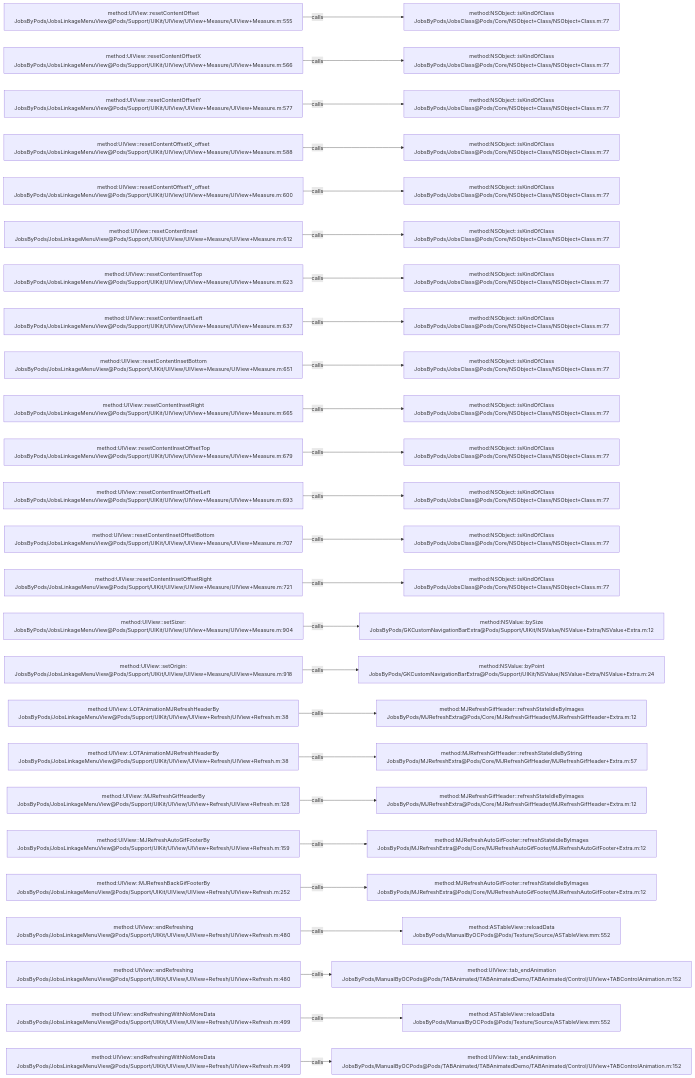
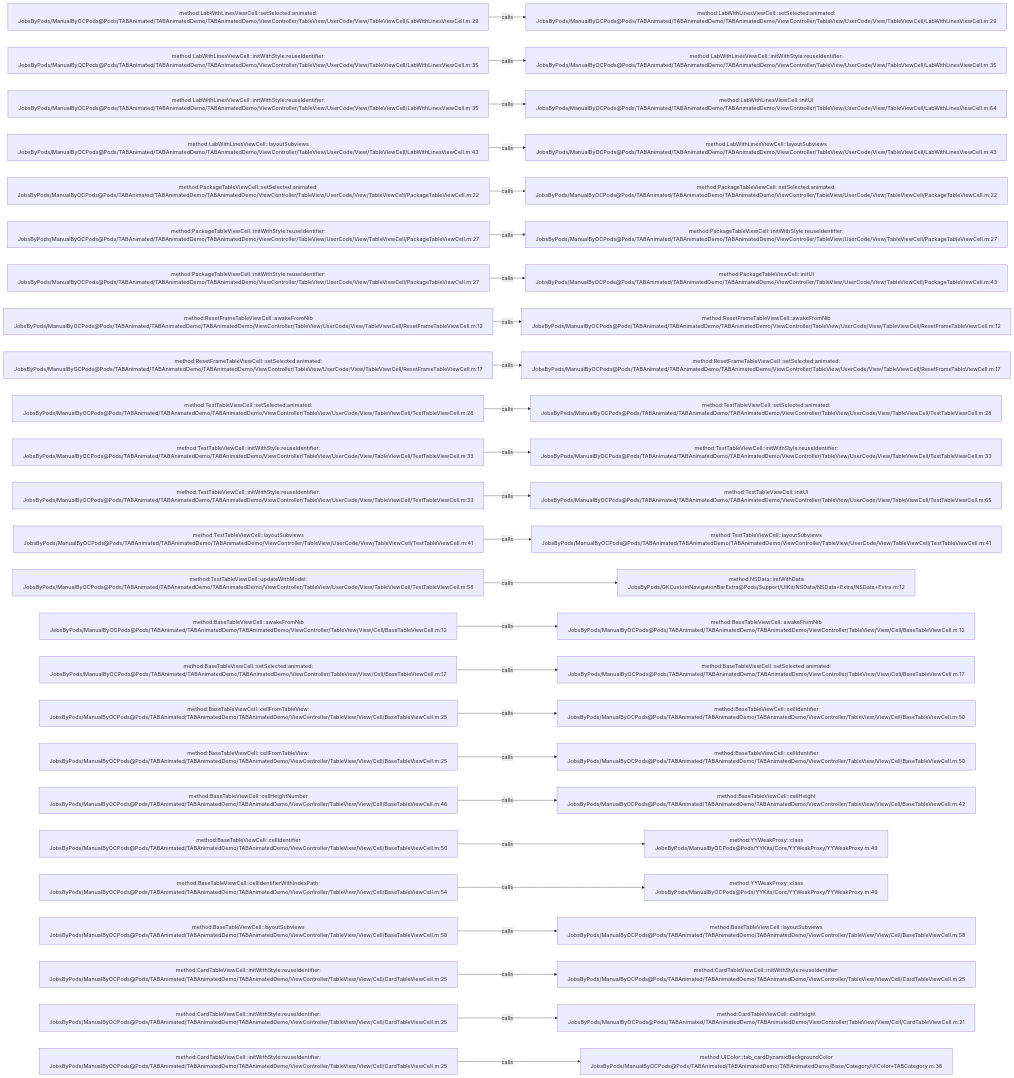
One commit to JobsKits/JobsOCBaseConfigDemo changed the diagram in .codegraph/codegraph.md/graphs/calls-074.md. Above: the diagram before and after it, drawn with Mermaid. The commit also changed 2162 other files, not shown here.

````diff
--- a/.codegraph/codegraph.md/graphs/calls-074.md
+++ b/.codegraph/codegraph.md/graphs/calls-074.md
@@ -13,78 +13,78 @@
 ```mermaid
 flowchart LR
-  S1["method:UIView::resetContentOffset<br/>JobsByPods/JobsLinkageMenuView@Pods/Support/UIKit/UIView/UIView+Measure/UIView+Measure.m:555"]
-  T1["method:NSObject::isKindOfClass<br/>JobsByPods/JobsClass@Pods/Core/NSObject+Class/NSObject+Class.m:77"]
+  S1["method:LabWithLinesViewCell::setSelected:animated:<br/>JobsByPods/ManualByOCPods@Pods/TABAnimated/TABAnimatedDemo/TABAnimatedDemo/ViewController/TableView/UserCode/View/TableViewCell/LabWithLinesViewCell.m:29"]
+  T1["method:LabWithLinesViewCell::setSelected:animated:<br/>JobsByPods/ManualByOCPods@Pods/TABAnimated/TABAnimatedDemo/TABAnimatedDemo/ViewController/TableView/UserCode/View/TableViewCell/LabWithLinesViewCell.m:29"]
   S1 -->|calls| T1
-  S2["method:UIView::resetContentOffsetX<br/>JobsByPods/JobsLinkageMenuView@Pods/Support/UIKit/UIView/UIView+Measure/UIView+Measure.m:566"]
-  T2["method:NSObject::isKindOfClass<br/>JobsByPods/JobsClass@Pods/Core/NSObject+Class/NSObject+Class.m:77"]
+  S2["method:LabWithLinesViewCell::initWithStyle:reuseIdentifier:<br/>JobsByPods/ManualByOCPods@Pods/TABAnimated/TABAnimatedDemo/TABAnimatedDemo/ViewController/TableView/UserCode/View/TableViewCell/LabWithLinesViewCell.m:35"]
+  T2["method:LabWithLinesViewCell::initWithStyle:reuseIdentifier:<br/>JobsByPods/ManualByOCPods@Pods/TABAnimated/TABAnimatedDemo/TABAnimatedDemo/ViewController/TableView/UserCode/View/TableViewCell/LabWithLinesViewCell.m:35"]
   S2 -->|calls| T2
-  S3["method:UIView::resetContentOffsetY<br/>JobsByPods/JobsLinkageMenuView@Pods/Support/UIKit/UIView/UIView+Measure/UIView+Measure.m:577"]
-  T3["method:NSObject::isKindOfClass<br/>JobsByPods/JobsClass@Pods/Core/NSObject+Class/NSObject+Class.m:77"]
+  S3["method:LabWithLinesViewCell::initWithStyle:reuseIdentifier:<br/>JobsByPods/ManualByOCPods@Pods/TABAnimated/TABAnimatedDemo/TABAnimatedDemo/ViewController/TableView/UserCode/View/TableViewCell/LabWithLinesViewCell.m:35"]
+  T3["method:LabWithLinesViewCell::initUI<br/>JobsByPods/ManualByOCPods@Pods/TABAnimated/TABAnimatedDemo/TABAnimatedDemo/ViewController/TableView/UserCode/View/TableViewCell/LabWithLinesViewCell.m:64"]
   S3 -->|calls| T3
-  S4["method:UIView::resetContentOffsetX_offset<br/>JobsByPods/JobsLinkageMenuView@Pods/Support/UIKit/UIView/UIView+Measure/UIView+Measure.m:588"]
-  T4["method:NSObject::isKindOfClass<br/>JobsByPods/JobsClass@Pods/Core/NSObject+Class/NSObject+Class.m:77"]
+  S4["method:LabWithLinesViewCell::layoutSubviews<br/>JobsByPods/ManualByOCPods@Pods/TABAnimated/TABAnimatedDemo/TABAnimatedDemo/ViewController/TableView/UserCode/View/TableViewCell/LabWithLinesViewCell.m:43"]
+  T4["method:LabWithLinesViewCell::layoutSubviews<br/>JobsByPods/ManualByOCPods@Pods/TABAnimated/TABAnimatedDemo/TABAnimatedDemo/ViewController/TableView/UserCode/View/TableViewCell/LabWithLinesViewCell.m:43"]
   S4 -->|calls| T4
-  S5["method:UIView::resetContentOffsetY_offset<br/>JobsByPods/JobsLinkageMenuView@Pods/Support/UIKit/UIView/UIView+Measure/UIView+Measure.m:600"]
-  T5["method:NSObject::isKindOfClass<br/>JobsByPods/JobsClass@Pods/Core/NSObject+Class/NSObject+Class.m:77"]
+  S5["method:PackageTableViewCell::setSelected:animated:<br/>JobsByPods/ManualByOCPods@Pods/TABAnimated/TABAnimatedDemo/TABAnimatedDemo/ViewController/TableView/UserCode/View/TableViewCell/PackageTableViewCell.m:22"]
+  T5["method:PackageTableViewCell::setSelected:animated:<br/>JobsByPods/ManualByOCPods@Pods/TABAnimated/TABAnimatedDemo/TABAnimatedDemo/ViewController/TableView/UserCode/View/TableViewCell/PackageTableViewCell.m:22"]
   S5 -->|calls| T5
-  S6["method:UIView::resetContentInset<br/>JobsByPods/JobsLinkageMenuView@Pods/Support/UIKit/UIView/UIView+Measure/UIView+Measure.m:612"]
-  T6["method:NSObject::isKindOfClass<br/>JobsByPods/JobsClass@Pods/Core/NSObject+Class/NSObject+Class.m:77"]
+  S6["method:PackageTableViewCell::initWithStyle:reuseIdentifier:<br/>JobsByPods/ManualByOCPods@Pods/TABAnimated/TABAnimatedDemo/TABAnimatedDemo/ViewController/TableView/UserCode/View/TableViewCell/PackageTableViewCell.m:27"]
+  T6["method:PackageTableViewCell::initWithStyle:reuseIdentifier:<br/>JobsByPods/ManualByOCPods@Pods/TABAnimated/TABAnimatedDemo/TABAnimatedDemo/ViewController/TableView/UserCode/View/TableViewCell/PackageTableViewCell.m:27"]
   S6 -->|calls| T6
-  S7["method:UIView::resetContentInsetTop<br/>JobsByPods/JobsLinkageMenuView@Pods/Support/UIKit/UIView/UIView+Measure/UIView+Measure.m:623"]
-  T7["method:NSObject::isKindOfClass<br/>JobsByPods/JobsClass@Pods/Core/NSObject+Class/NSObject+Class.m:77"]
+  S7["method:PackageTableViewCell::initWithStyle:reuseIdentifier:<br/>JobsByPods/ManualByOCPods@Pods/TABAnimated/TABAnimatedDemo/TABAnimatedDemo/ViewController/TableView/UserCode/View/TableViewCell/PackageTableViewCell.m:27"]
+  T7["method:PackageTableViewCell::initUI<br/>JobsByPods/ManualByOCPods@Pods/TABAnimated/TABAnimatedDemo/TABAnimatedDemo/ViewController/TableView/UserCode/View/TableViewCell/PackageTableViewCell.m:43"]
   S7 -->|calls| T7
-  S8["method:UIView::resetContentInsetLeft<br/>JobsByPods/JobsLinkageMenuView@Pods/Support/UIKit/UIView/UIView+Measure/UIView+Measure.m:637"]
-  T8["method:NSObject::isKindOfClass<br/>JobsByPods/JobsClass@Pods/Core/NSObject+Class/NSObject+Class.m:77"]
+  S8["method:ResetFrameTableViewCell::awakeFromNib<br/>JobsByPods/ManualByOCPods@Pods/TABAnimated/TABAnimatedDemo/TABAnimatedDemo/ViewController/TableView/UserCode/View/TableViewCell/ResetFrameTableViewCell.m:12"]
+  T8["method:ResetFrameTableViewCell::awakeFromNib<br/>JobsByPods/ManualByOCPods@Pods/TABAnimated/TABAnimatedDemo/TABAnimatedDemo/ViewController/TableView/UserCode/View/TableViewCell/ResetFrameTableViewCell.m:12"]
   S8 -->|calls| T8
-  S9["method:UIView::resetContentInsetBottom<br/>JobsByPods/JobsLinkageMenuView@Pods/Support/UIKit/UIView/UIView+Measure/UIView+Measure.m:651"]
-  T9["method:NSObject::isKindOfClass<br/>JobsByPods/JobsClass@Pods/Core/NSObject+Class/NSObject+Class.m:77"]
+  S9["method:ResetFrameTableViewCell::setSelected:animated:<br/>JobsByPods/ManualByOCPods@Pods/TABAnimated/TABAnimatedDemo/TABAnimatedDemo/ViewController/TableView/UserCode/View/TableViewCell/ResetFrameTableViewCell.m:17"]
+  T9["method:ResetFrameTableViewCell::setSelected:animated:<br/>JobsByPods/ManualByOCPods@Pods/TABAnimated/TABAnimatedDemo/TABAnimatedDemo/ViewController/TableView/UserCode/View/TableViewCell/ResetFrameTableViewCell.m:17"]
   S9 -->|calls| T9
-  S10["method:UIView::resetContentInsetRight<br/>JobsByPods/JobsLinkageMenuView@Pods/Support/UIKit/UIView/UIView+Measure/UIView+Measure.m:665"]
-  T10["method:NSObject::isKindOfClass<br/>JobsByPods/JobsClass@Pods/Core/NSObject+Class/NSObject+Class.m:77"]
+  S10["method:TestTableViewCell::setSelected:animated:<br/>JobsByPods/ManualByOCPods@Pods/TABAnimated/TABAnimatedDemo/TABAnimatedDemo/ViewController/TableView/UserCode/View/TableViewCell/TestTableViewCell.m:28"]
+  T10["method:TestTableViewCell::setSelected:animated:<br/>JobsByPods/ManualByOCPods@Pods/TABAnimated/TABAnimatedDemo/TABAnimatedDemo/ViewController/TableView/UserCode/View/TableViewCell/TestTableViewCell.m:28"]
   S10 -->|calls| T10
-  S11["method:UIView::resetContentInsetOffsetTop<br/>JobsByPods/JobsLinkageMenuView@Pods/Support/UIKit/UIView/UIView+Measure/UIView+Measure.m:679"]
-  T11["method:NSObject::isKindOfClass<br/>JobsByPods/JobsClass@Pods/Core/NSObject+Class/NSObject+Class.m:77"]
+  S11["method:TestTableViewCell::initWithStyle:reuseIdentifier:<br/>JobsByPods/ManualByOCPods@Pods/TABAnimated/TABAnimatedDemo/TABAnimatedDemo/ViewController/TableView/UserCode/View/TableViewCell/TestTableViewCell.m:33"]
+  T11["method:TestTableViewCell::initWithStyle:reuseIdentifier:<br/>JobsByPods/ManualByOCPods@Pods/TABAnimated/TABAnimatedDemo/TABAnimatedDemo/ViewController/TableView/UserCode/View/TableViewCell/TestTableViewCell.m:33"]
   S11 -->|calls| T11
-  S12["method:UIView::resetContentInsetOffsetLeft<br/>JobsByPods/JobsLinkageMenuView@Pods/Support/UIKit/UIView/UIView+Measure/UIView+Measure.m:693"]
-  T12["method:NSObject::isKindOfClass<br/>JobsByPods/JobsClass@Pods/Core/NSObject+Class/NSObject+Class.m:77"]
+  S12["method:TestTableViewCell::initWithStyle:reuseIdentifier:<br/>JobsByPods/ManualByOCPods@Pods/TABAnimated/TABAnimatedDemo/TABAnimatedDemo/ViewController/TableView/UserCode/View/TableViewCell/TestTableViewCell.m:33"]
+  T12["method:TestTableViewCell::initUI<br/>JobsByPods/ManualByOCPods@Pods/TABAnimated/TABAnimatedDemo/TABAnimatedDemo/ViewController/TableView/UserCode/View/TableViewCell/TestTableViewCell.m:65"]
   S12 -->|calls| T12
-  S13["method:UIView::resetContentInsetOffsetBottom<br/>JobsByPods/JobsLinkageMenuView@Pods/Support/UIKit/UIView/UIView+Measure/UIView+Measure.m:707"]
-  T13["method:NSObject::isKindOfClass<br/>JobsByPods/JobsClass@Pods/Core/NSObject+Class/NSObject+Class.m:77"]
+  S13["method:TestTableViewCell::layoutSubviews<br/>JobsByPods/ManualByOCPods@Pods/TABAnimated/TABAnimatedDemo/TABAnimatedDemo/ViewController/TableView/UserCode/View/TableViewCell/TestTableViewCell.m:41"]
+  T13["method:TestTableViewCell::layoutSubviews<br/>JobsByPods/ManualByOCPods@Pods/TABAnimated/TABAnimatedDemo/TABAnimatedDemo/ViewController/TableView/UserCode/View/TableViewCell/TestTableViewCell.m:41"]
   S13 -->|calls| T13
-  S14["method:UIView::resetContentInsetOffsetRight<br/>JobsByPods/JobsLinkageMenuView@Pods/Support/UIKit/UIView/UIView+Measure/UIView+Measure.m:721"]
-  T14["method:NSObject::isKindOfClass<br/>JobsByPods/JobsClass@Pods/Core/NSObject+Class/NSObject+Class.m:77"]
+  S14["method:TestTableViewCell::updateWithModel:<br/>JobsByPods/ManualByOCPods@Pods/TABAnimated/TABAnimatedDemo/TABAnimatedDemo/ViewController/TableView/UserCode/View/TableViewCell/TestTableViewCell.m:58"]
+  T14["method:NSData::initWithData<br/>JobsByPods/GKCustomNavigationBarExtra@Pods/Support/UIKit/NSData/NSData+Extra/NSData+Extra.m:12"]
   S14 -->|calls| T14
-  S15["method:UIView::setSizer:<br/>JobsByPods/JobsLinkageMenuView@Pods/Support/UIKit/UIView/UIView+Measure/UIView+Measure.m:904"]
-  T15["method:NSValue::bySize<br/>JobsByPods/GKCustomNavigationBarExtra@Pods/Support/UIKit/NSValue/NSValue+Extra/NSValue+Extra.m:12"]
+  S15["method:BaseTableViewCell::awakeFromNib<br/>JobsByPods/ManualByOCPods@Pods/TABAnimated/TABAnimatedDemo/TABAnimatedDemo/ViewController/TableView/View/Cell/BaseTableViewCell.m:12"]
+  T15["method:BaseTableViewCell::awakeFromNib<br/>JobsByPods/ManualByOCPods@Pods/TABAnimated/TABAnimatedDemo/TABAnimatedDemo/ViewController/TableView/View/Cell/BaseTableViewCell.m:12"]
   S15 -->|calls| T15
-  S16["method:UIView::setOrigin:<br/>JobsByPods/JobsLinkageMenuView@Pods/Support/UIKit/UIView/UIView+Measure/UIView+Measure.m:918"]
-  T16["method:NSValue::byPoint<br/>JobsByPods/GKCustomNavigationBarExtra@Pods/Support/UIKit/NSValue/NSValue+Extra/NSValue+Extra.m:24"]
+  S16["method:BaseTableViewCell::setSelected:animated:<br/>JobsByPods/ManualByOCPods@Pods/TABAnimated/TABAnimatedDemo/TABAnimatedDemo/ViewController/TableView/View/Cell/BaseTableViewCell.m:17"]
+  T16["method:BaseTableViewCell::setSelected:animated:<br/>JobsByPods/ManualByOCPods@Pods/TABAnimated/TABAnimatedDemo/TABAnimatedDemo/ViewController/TableView/View/Cell/BaseTableViewCell.m:17"]
   S16 -->|calls| T16
-  S17["method:UIView::LOTAnimationMJRefreshHeaderBy<br/>JobsByPods/JobsLinkageMenuView@Pods/Support/UIKit/UIView/UIView+Refresh/UIView+Refresh.m:38"]
-  T17["method:MJRefreshGifHeader::refreshStateIdleByImages<br/>JobsByPods/MJRefreshExtra@Pods/Core/MJRefreshGifHeader/MJRefreshGifHeader+Extra.m:12"]
+  S17["method:BaseTableViewCell::cellFromTableView:<br/>JobsByPods/ManualByOCPods@Pods/TABAnimated/TABAnimatedDemo/TABAnimatedDemo/ViewController/TableView/View/Cell/BaseTableViewCell.m:25"]
+  T17["method:BaseTableViewCell::cellIdentifier<br/>JobsByPods/ManualByOCPods@Pods/TABAnimated/TABAnimatedDemo/TABAnimatedDemo/ViewController/TableView/View/Cell/BaseTableViewCell.m:50"]
   S17 -->|calls| T17
-  S18["method:UIView::LOTAnimationMJRefreshHeaderBy<br/>JobsByPods/JobsLinkageMenuView@Pods/Support/UIKit/UIView/UIView+Refresh/UIView+Refresh.m:38"]
-  T18["method:MJRefreshGifHeader::refreshStateIdleByString<br/>JobsByPods/MJRefreshExtra@Pods/Core/MJRefreshGifHeader/MJRefreshGifHeader+Extra.m:57"]
+  S18["method:BaseTableViewCell::cellFromTableView:<br/>JobsByPods/ManualByOCPods@Pods/TABAnimated/TABAnimatedDemo/TABAnimatedDemo/ViewController/TableView/View/Cell/BaseTableViewCell.m:25"]
+  T18["method:BaseTableViewCell::cellIdentifier<br/>JobsByPods/ManualByOCPods@Pods/TABAnimated/TABAnimatedDemo/TABAnimatedDemo/ViewController/TableView/View/Cell/BaseTableViewCell.m:50"]
   S18 -->|calls| T18
-  S19["method:UIView::MJRefreshGifHeaderBy<br/>JobsByPods/JobsLinkageMenuView@Pods/Support/UIKit/UIView/UIView+Refresh/UIView+Refresh.m:128"]
-  T19["method:MJRefreshGifHeader::refreshStateIdleByImages<br/>JobsByPods/MJRefreshExtra@Pods/Core/MJRefreshGifHeader/MJRefreshGifHeader+Extra.m:12"]
+  S19["method:BaseTableViewCell::cellHeightNumber<br/>JobsByPods/ManualByOCPods@Pods/TABAnimated/TABAnimatedDemo/TABAnimatedDemo/ViewController/TableView/View/Cell/BaseTableViewCell.m:46"]
+  T19["method:BaseTableViewCell::cellHeight<br/>JobsByPods/ManualByOCPods@Pods/TABAnimated/TABAnimatedDemo/TABAnimatedDemo/ViewController/TableView/View/Cell/BaseTableViewCell.m:42"]
   S19 -->|calls| T19
-  S20["method:UIView::MJRefreshAutoGifFooterBy<br/>JobsByPods/JobsLinkageMenuView@Pods/Support/UIKit/UIView/UIView+Refresh/UIView+Refresh.m:159"]
-  T20["method:MJRefreshAutoGifFooter::refreshStateIdleByImages<br/>JobsByPods/MJRefreshExtra@Pods/Core/MJRefreshAutoGifFooter/MJRefreshAutoGifFooter+Extra.m:12"]
+  S20["method:BaseTableViewCell::cellIdentifier<br/>JobsByPods/ManualByOCPods@Pods/TABAnimated/TABAnimatedDemo/TABAnimatedDemo/ViewController/TableView/View/Cell/BaseTableViewCell.m:50"]
+  T20["method:YYWeakProxy::class<br/>JobsByPods/ManualByOCPods@Pods/YYKits/Core/YYWeakProxy/YYWeakProxy.m:49"]
   S20 -->|calls| T20
-  S21["method:UIView::MJRefreshBackGifFooterBy<br/>JobsByPods/JobsLinkageMenuView@Pods/Support/UIKit/UIView/UIView+Refresh/UIView+Refresh.m:252"]
-  T21["method:MJRefreshAutoGifFooter::refreshStateIdleByImages<br/>JobsByPods/MJRefreshExtra@Pods/Core/MJRefreshAutoGifFooter/MJRefreshAutoGifFooter+Extra.m:12"]
+  S21["method:BaseTableViewCell::cellIdentifierWithIndexPath:<br/>JobsByPods/ManualByOCPods@Pods/TABAnimated/TABAnimatedDemo/TABAnimatedDemo/ViewController/TableView/View/Cell/BaseTableViewCell.m:54"]
+  T21["method:YYWeakProxy::class<br/>JobsByPods/ManualByOCPods@Pods/YYKits/Core/YYWeakProxy/YYWeakProxy.m:49"]
   S21 -->|calls| T21
-  S22["method:UIView::endRefreshing<br/>JobsByPods/JobsLinkageMenuView@Pods/Support/UIKit/UIView/UIView+Refresh/UIView+Refresh.m:480"]
-  T22["method:ASTableView::reloadData<br/>JobsByPods/ManualByOCPods@Pods/Texture/Source/ASTableView.mm:552"]
+  S22["method:BaseTableViewCell::layoutSubviews<br/>JobsByPods/ManualByOCPods@Pods/TABAnimated/TABAnimatedDemo/TABAnimatedDemo/ViewController/TableView/View/Cell/BaseTableViewCell.m:58"]
+  T22["method:BaseTableViewCell::layoutSubviews<br/>JobsByPods/ManualByOCPods@Pods/TABAnimated/TABAnimatedDemo/TABAnimatedDemo/ViewController/TableView/View/Cell/BaseTableViewCell.m:58"]
   S22 -->|calls| T22
-  S23["method:UIView::endRefreshing<br/>JobsByPods/JobsLinkageMenuView@Pods/Support/UIKit/UIView/UIView+Refresh/UIView+Refresh.m:480"]
-  T23["method:UIView::tab_endAnimation<br/>JobsByPods/ManualByOCPods@Pods/TABAnimated/TABAnimatedDemo/TABAnimated/Control/UIView+TABControlAnimation.m:152"]
+  S23["method:CardTableViewCell::initWithStyle:reuseIdentifier:<br/>JobsByPods/ManualByOCPods@Pods/TABAnimated/TABAnimatedDemo/TABAnimatedDemo/ViewController/TableView/View/Cell/CardTableViewCell.m:25"]
+  T23["method:CardTableViewCell::initWithStyle:reuseIdentifier:<br/>JobsByPods/ManualByOCPods@Pods/TABAnimated/TABAnimatedDemo/TABAnimatedDemo/ViewController/TableView/View/Cell/CardTableViewCell.m:25"]
   S23 -->|calls| T23
-  S24["method:UIView::endRefreshingWithNoMoreData<br/>JobsByPods/JobsLinkageMenuView@Pods/Support/UIKit/UIView/UIView+Refresh/UIView+Refresh.m:499"]
-  T24["method:ASTableView::reloadData<br/>JobsByPods/ManualByOCPods@Pods/Texture/Source/ASTableView.mm:552"]
+  S24["method:CardTableViewCell::initWithStyle:reuseIdentifier:<br/>JobsByPods/ManualByOCPods@Pods/TABAnimated/TABAnimatedDemo/TABAnimatedDemo/ViewController/TableView/View/Cell/CardTableViewCell.m:25"]
+  T24["method:CardTableViewCell::cellHeight<br/>JobsByPods/ManualByOCPods@Pods/TABAnimated/TABAnimatedDemo/TABAnimatedDemo/ViewController/TableView/View/Cell/CardTableViewCell.m:21"]
   S24 -->|calls| T24
-  S25["method:UIView::endRefreshingWithNoMoreData<br/>JobsByPods/JobsLinkageMenuView@Pods/Support/UIKit/UIView/UIView+Refresh/UIView+Refresh.m:499"]
-  T25["method:UIView::tab_endAnimation<br/>JobsByPods/ManualByOCPods@Pods/TABAnimated/TABAnimatedDemo/TABAnimated/Control/UIView+TABControlAnimation.m:152"]
+  S25["method:CardTableViewCell::initWithStyle:reuseIdentifier:<br/>JobsByPods/ManualByOCPods@Pods/TABAnimated/TABAnimatedDemo/TABAnimatedDemo/ViewController/TableView/View/Cell/CardTableViewCell.m:25"]
+  T25["method:UIColor::tab_cardDynamicBackgroundColor<br/>JobsByPods/ManualByOCPods@Pods/TABAnimated/TABAnimatedDemo/TABAnimatedDemo/Base/Category/UIColor+TABCategory.m:38"]
   S25 -->|calls| T25
 ```
````
